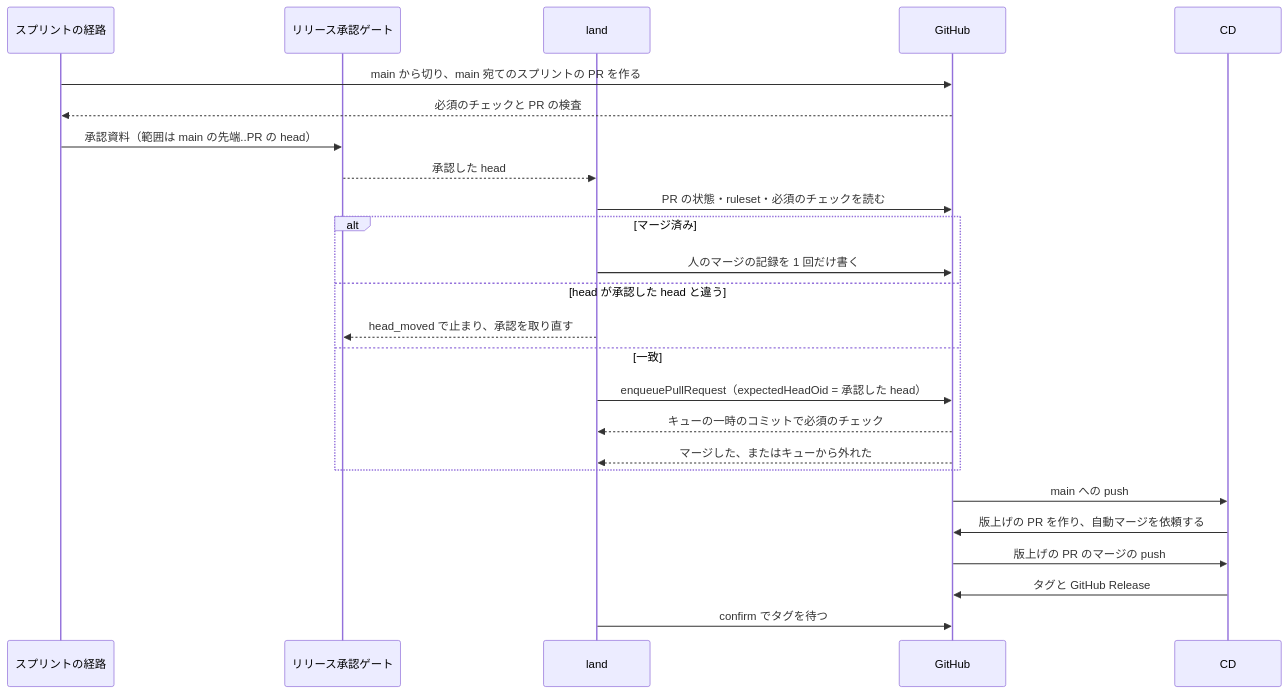
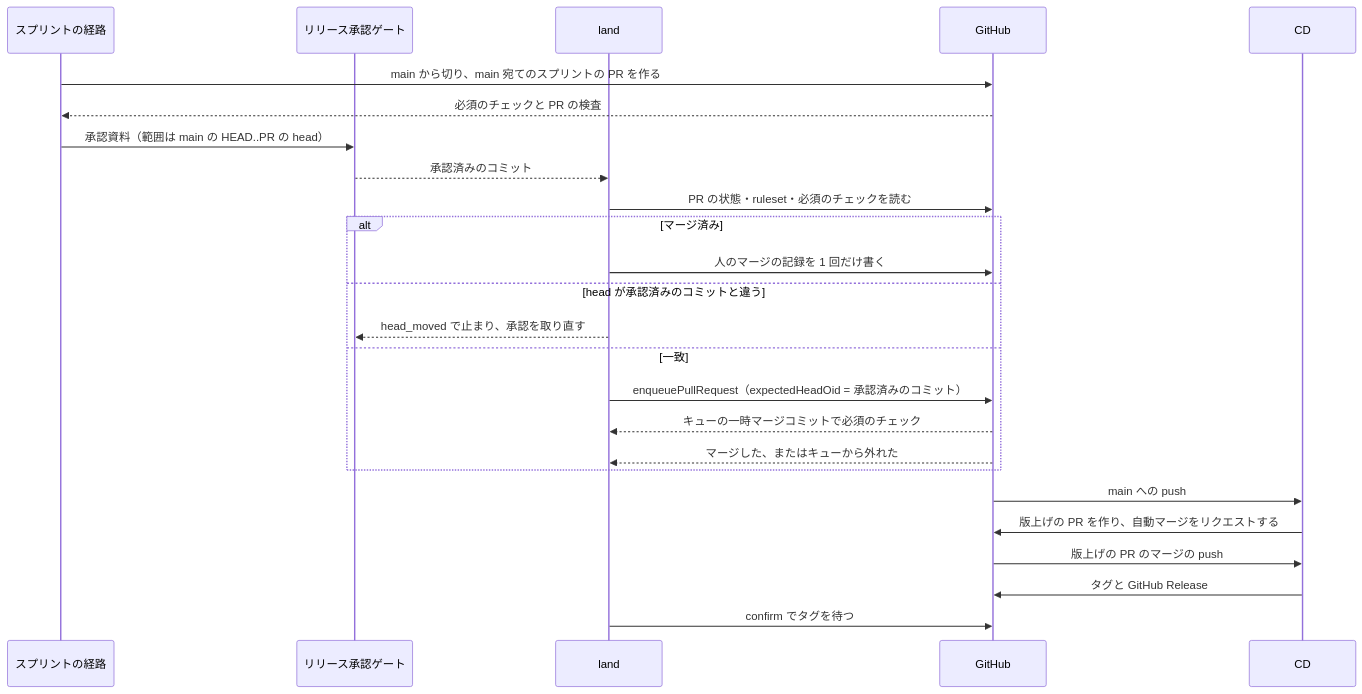
The second of 3 diagrams in issues/issue-3641-design.md (devbasex/ai-plugins), drawn with Mermaid before and after one commit. The commit also changed other lines of this file and 6 other files, not shown here.

````diff
--- a/issues/issue-3641-design.md
+++ b/issues/issue-3641-design.md
@@ -311,27 +311,27 @@
 ```mermaid
 sequenceDiagram
     participant S as スプリントの経路
     participant G as リリース承認ゲート
     participant L as land
     participant H as GitHub
     participant C as CD
     S->>H: main から切り、main 宛てのスプリントの PR を作る
     H-->>S: 必須のチェックと PR の検査
-    S->>G: 承認資料（範囲は main の先端..PR の head）
-    G-->>L: 承認した head
+    S->>G: 承認資料（範囲は main の HEAD..PR の head）
+    G-->>L: 承認済みのコミット
     L->>H: PR の状態・ruleset・必須のチェックを読む
     alt マージ済み
         L->>H: 人のマージの記録を 1 回だけ書く
-    else head が承認した head と違う
+    else head が承認済みのコミットと違う
         L-->>G: head_moved で止まり、承認を取り直す
     else 一致
-        L->>H: enqueuePullRequest（expectedHeadOid = 承認した head）
-        H-->>L: キューの一時のコミットで必須のチェック
+        L->>H: enqueuePullRequest（expectedHeadOid = 承認済みのコミット）
+        H-->>L: キューの一時マージコミットで必須のチェック
         H-->>L: マージした、またはキューから外れた
     end
     H->>C: main への push
-    C->>H: 版上げの PR を作り、自動マージを依頼する
+    C->>H: 版上げの PR を作り、自動マージをリクエストする
     H->>C: 版上げの PR のマージの push
     C->>H: タグと GitHub Release
     L->>H: confirm でタグを待つ
 ```
````
